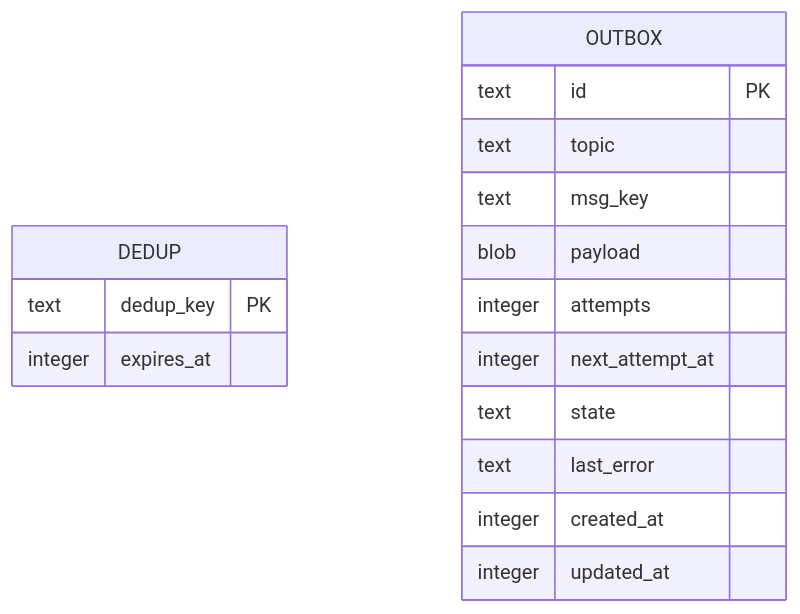
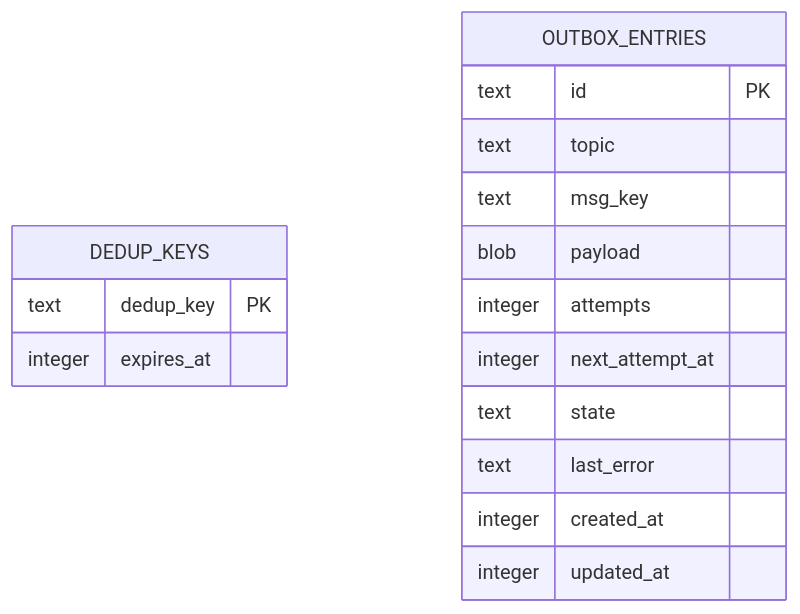
The sixth of 6 diagrams in docs/architecture.md (NayanthaNethsara/zephyr), drawn with Mermaid before and after one commit. The commit also changed other lines of this file and 8 other files, not shown here.

````diff
--- a/docs/architecture.md
+++ b/docs/architecture.md
@@ -204,19 +204,19 @@
 ```mermaid
 erDiagram
-    DEDUP {
+    DEDUP_KEYS {
         text dedup_key PK
         integer expires_at
     }
-    OUTBOX {
+    OUTBOX_ENTRIES {
         text id PK
         text topic
         text msg_key
         blob payload
         integer attempts
         integer next_attempt_at
         text state
         text last_error
         integer created_at
         integer updated_at
     }
 ```
````
